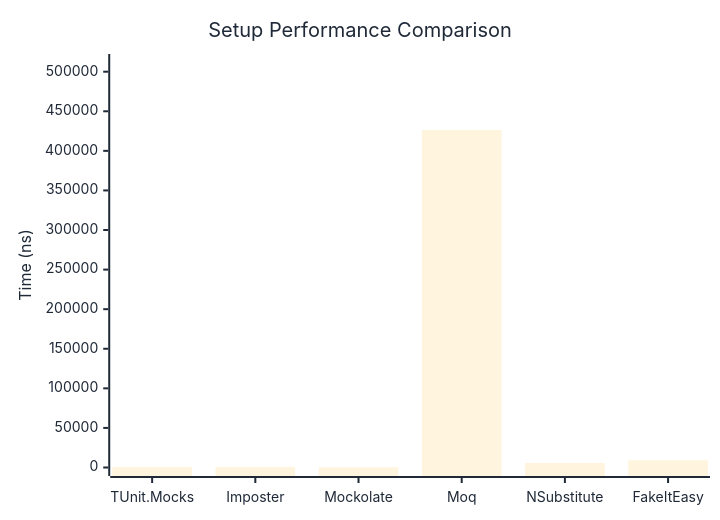
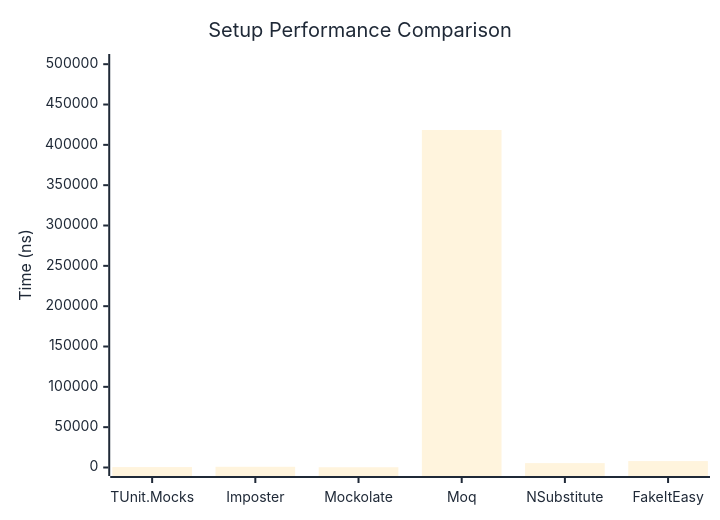
The first of 2 diagrams in docs/docs/benchmarks/mocks/Setup.md (thomhurst/TUnit), drawn with Mermaid before and after one commit. The commit also changed other lines of this file and 14 other files, not shown here.

````diff
--- a/docs/docs/benchmarks/mocks/Setup.md
+++ b/docs/docs/benchmarks/mocks/Setup.md
@@ -28,27 +28,27 @@
 ```mermaid
 %%{init: {
   'theme':'base',
   'themeVariables': {
     'primaryColor': '#2563eb',
     'primaryTextColor': '#1f2937',
     'primaryBorderColor': '#1e40af',
     'lineColor': '#6b7280',
     'secondaryColor': '#7c3aed',
     'tertiaryColor': '#dc2626',
     'background': '#ffffff',
     'pie1': '#2563eb',
     'pie2': '#7c3aed',
     'pie3': '#dc2626',
     'pie4': '#f59e0b',
     'pie5': '#10b981',
     'pie6': '#06b6d4',
     'pie7': '#ec4899',
     'pie8': '#6366f1'
   }
 }}%%
 xychart-beta
   title "Setup Performance Comparison"
   x-axis ["TUnit.Mocks", "Imposter", "Mockolate", "Moq", "NSubstitute", "FakeItEasy"]
-  y-axis "Time (ns)" 0 --> 511613
-  bar [538.8, 822, 335, 426343.4, 5797.3, 9151.1]
+  y-axis "Time (ns)" 0 --> 502093
+  bar [520.2, 865.1, 326.4, 418410.7, 5435.2, 7960.2]
 ```
````
